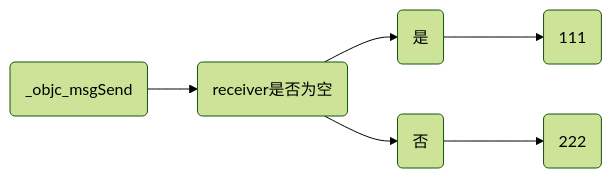
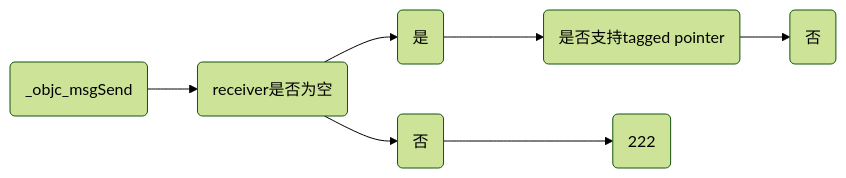
One commit to i-stack/STSourceCodeProject changed the diagram in Blogs/iOS/04-消息转发流程.md. Above: the diagram before and after it, drawn with Mermaid (forest theme).

````diff
--- a/Blogs/iOS/04-消息转发流程.md
+++ b/Blogs/iOS/04-消息转发流程.md
@@ -88,7 +88,11 @@
 ```mermaid
 graph LR
 A(_objc_msgSend)-->B1(receiver是否为空)
-B1-->C1(是)--->D1(111)
+
+B1-->C1(是)--->D1(是否支持tagged pointer)-->E1(否)
+
+
+
 B1-->C2(否)--->D2(222)
 
 ```
````
